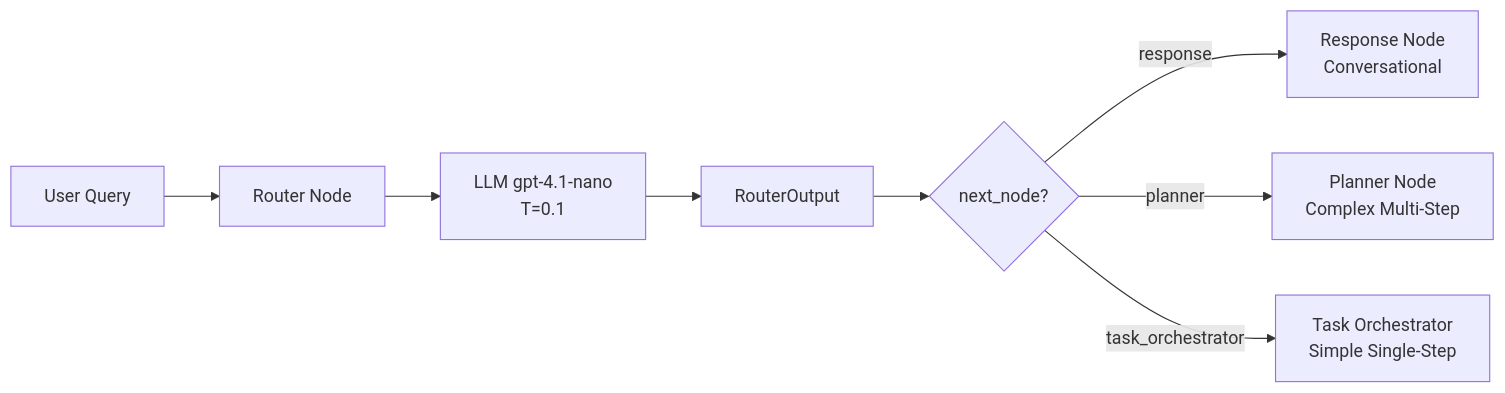
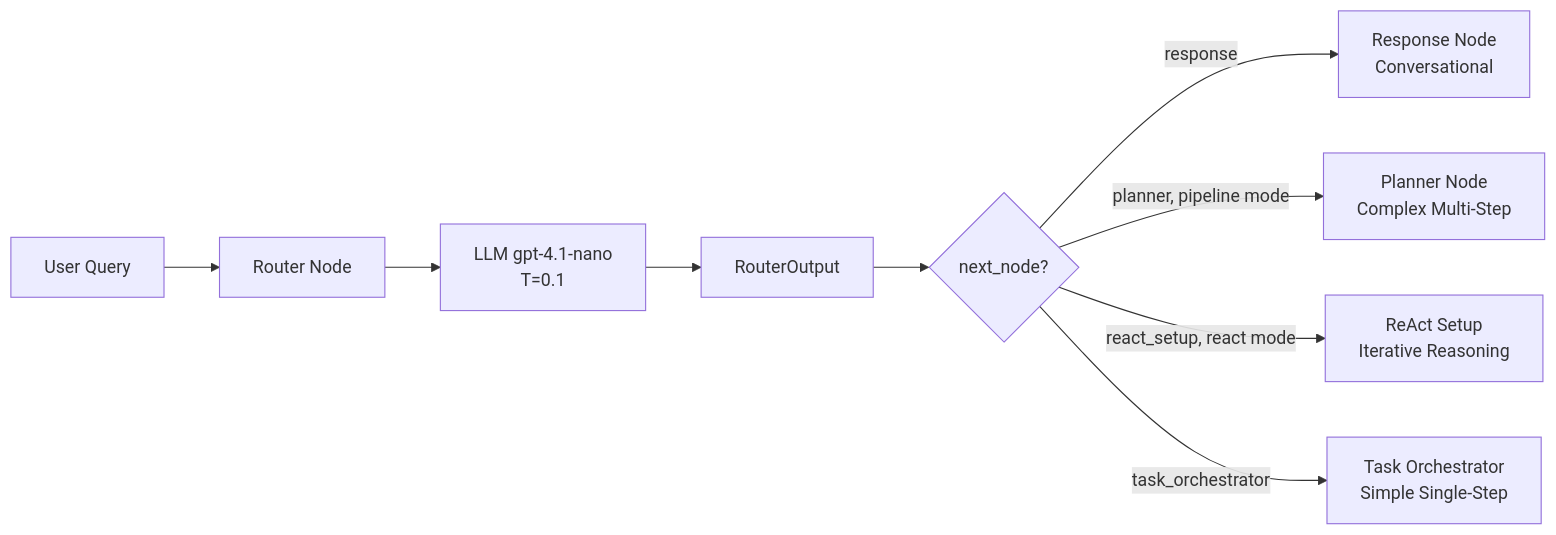
Before and after one commit to jgouviergmail/LIA-Assistant: the first of 2 diagrams in docs/technical/ROUTER.md, drawn with Mermaid. The commit also changed other lines of this file and 81 other files, not shown here.

````diff
--- a/docs/technical/ROUTER.md
+++ b/docs/technical/ROUTER.md
@@ -37,10 +37,11 @@
 ```mermaid
 graph LR
     A[User Query] --> B[Router Node]
     B --> C[LLM gpt-4.1-nano<br/>T=0.1]
     C --> D[RouterOutput]
     D --> E{next_node?}
     E -->|response| F[Response Node<br/>Conversational]
-    E -->|planner| G[Planner Node<br/>Complex Multi-Step]
+    E -->|planner, pipeline mode| G[Planner Node<br/>Complex Multi-Step]
+    E -->|react_setup, react mode| I[ReAct Setup<br/>Iterative Reasoning]
     E -->|task_orchestrator| H[Task Orchestrator<br/>Simple Single-Step]
 ```
````
